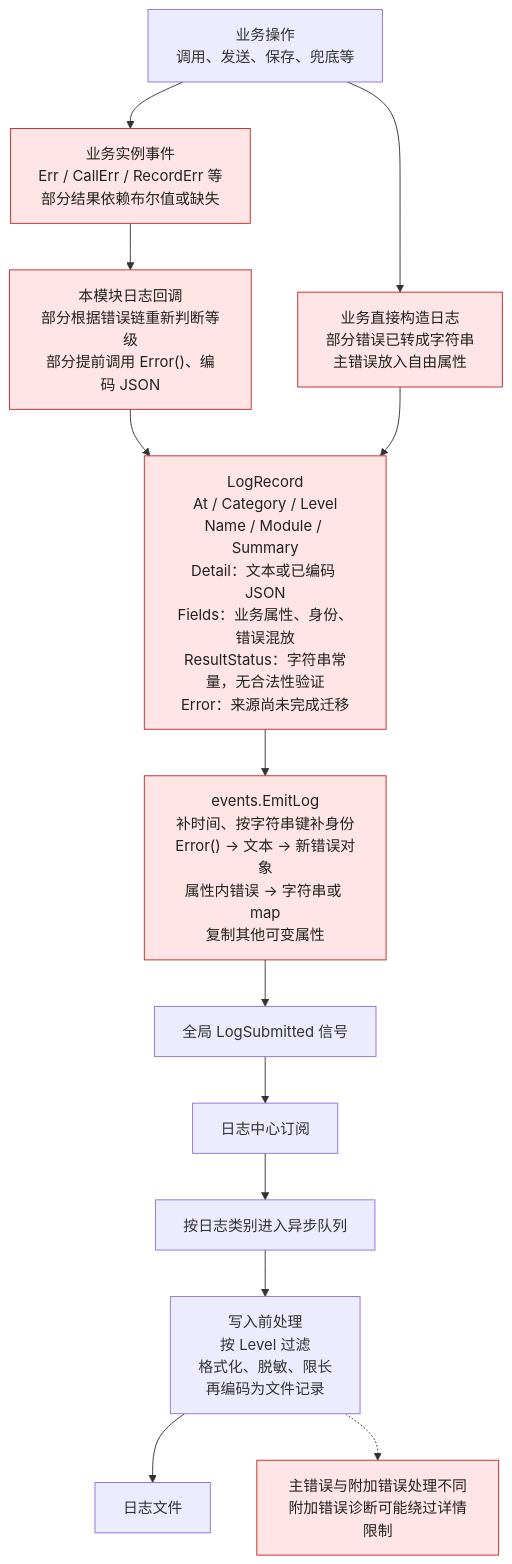
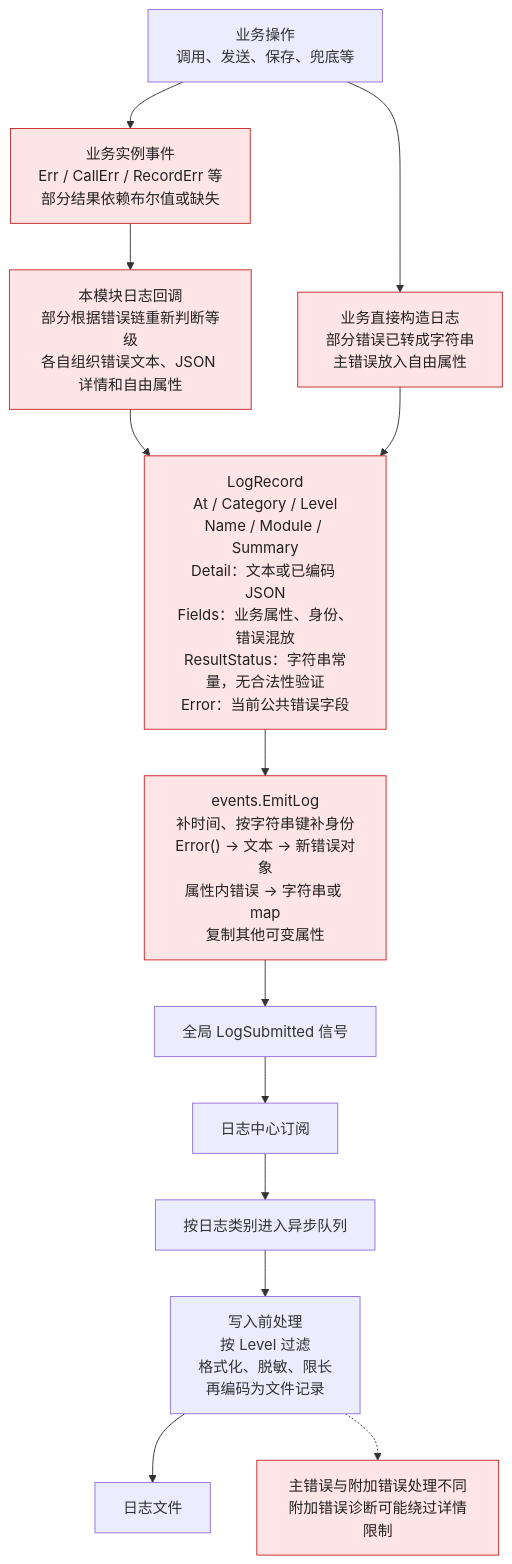
Before and after one commit to Elflare/elbot: the first of 2 diagrams in devdocs/signals-and-logging.md, drawn with Mermaid. The commit also changed other lines of this file and 2 other files, not shown here.

````diff
--- a/devdocs/signals-and-logging.md
+++ b/devdocs/signals-and-logging.md
@@ -24,19 +29,19 @@
 ```mermaid
 flowchart TD
     B["业务操作<br/>调用、发送、保存、兜底等"]
     B --> E["业务实例事件<br/>Err / CallErr / RecordErr 等<br/>部分结果依赖布尔值或缺失"]
-    E --> P["本模块日志回调<br/>部分根据错误链重新判断等级<br/>部分提前调用 Error()、编码 JSON"]
+    E --> P["本模块日志回调<br/>部分根据错误链重新判断等级<br/>各自组织错误文本、JSON 详情和自由属性"]
     B --> D["业务直接构造日志<br/>部分错误已转成字符串<br/>主错误放入自由属性"]
     P --> R
     D --> R
-    R["LogRecord<br/>At / Category / Level<br/>Name / Module / Summary<br/>Detail：文本或已编码 JSON<br/>Fields：业务属性、身份、错误混放<br/>ResultStatus：字符串常量，无合法性验证<br/>Error：来源尚未完成迁移"]
+    R["LogRecord<br/>At / Category / Level<br/>Name / Module / Summary<br/>Detail：文本或已编码 JSON<br/>Fields：业务属性、身份、错误混放<br/>ResultStatus：字符串常量，无合法性验证<br/>Error：当前公共错误字段"]
     R --> EM["events.EmitLog<br/>补时间、按字符串键补身份<br/>Error() → 文本 → 新错误对象<br/>属性内错误 → 字符串或 map<br/>复制其他可变属性"]
     EM --> S["全局 LogSubmitted 信号"]
     S --> M["日志中心订阅"]
     M --> Q["按日志类别进入异步队列"]
     Q --> F["写入前处理<br/>按 Level 过滤<br/>格式化、脱敏、限长<br/>再编码为文件记录"]
     F --> FILE["日志文件"]
     F -.-> ISSUE["主错误与附加错误处理不同<br/>附加错误诊断可能绕过详情限制"]
     classDef issue fill:#ffe5e5,stroke:#c62828,color:#222
     class E,P,D,R,EM,ISSUE issue
 ```
````
